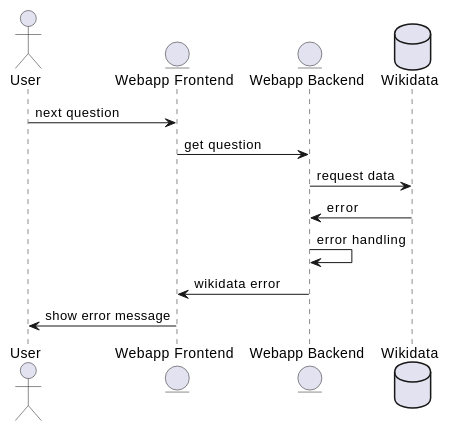
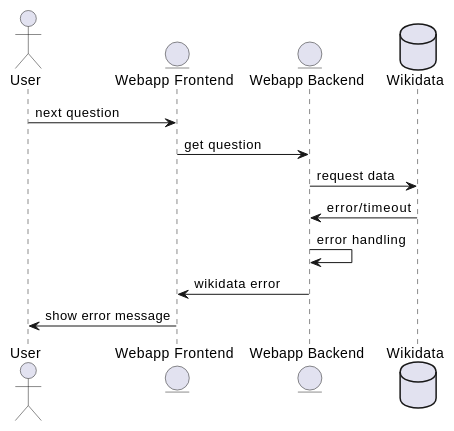
Before and after one commit to Arquisoft/wiq_en1b: the seventh of 8 diagrams in docs/src/06_runtime_view.adoc, drawn with PlantUML. The commit also changed other lines of this file, not shown here.

Commit message:
Added time limit and changed Answer Question diagram

```diff
--- a/docs/src/06_runtime_view.adoc
+++ b/docs/src/06_runtime_view.adoc
@@ -147,14 +147,14 @@
 [plantuml,"Wikidata error",png]
 ----
 actor User
 entity Frontend as "Webapp Frontend"
 entity Backend as "Webapp Backend"
 database Wikidata
 User -> Frontend: next question
 Frontend -> Backend: get question
 Backend -> Wikidata: request data
-Wikidata -> Backend: error
+Wikidata -> Backend: error/timeout
 Backend -> Backend: error handling
 Backend -> Frontend: wikidata error
 Frontend -> User: show error message
 ----
```
